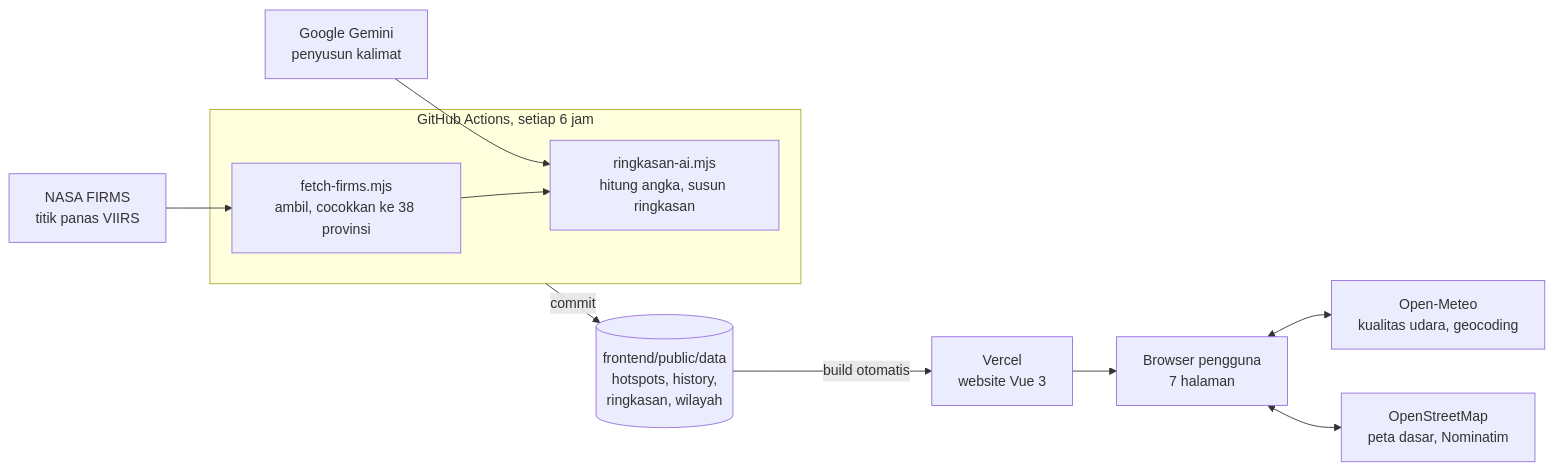
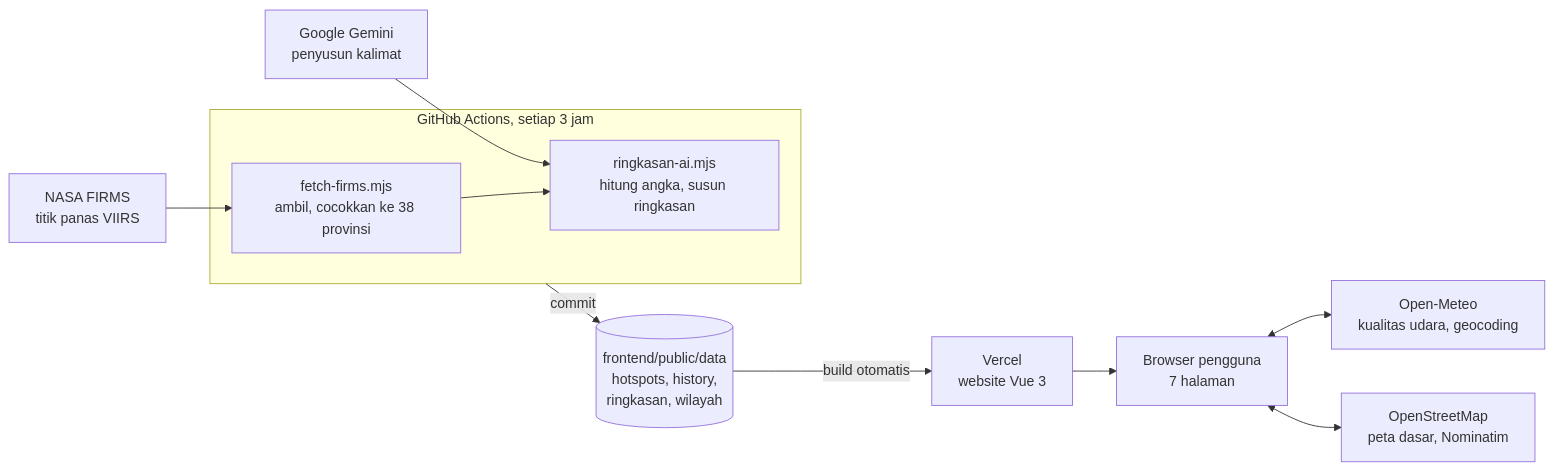
One commit to IsmailYanuar/karhutla-ops changed the second of 2 diagrams in README.md. Above: the diagram before and after it, drawn with Mermaid. The commit also changed other lines of this file and 1 other file, not shown here.

Commit message:
ubah setiap 6 jam jadi 3 jam

````diff
--- a/README.md
+++ b/README.md
@@ -69,22 +69,22 @@
 ```mermaid
 flowchart LR
     FIRMS["NASA FIRMS<br/>titik panas VIIRS"]
     GEMINI["Google Gemini<br/>penyusun kalimat"]
-    subgraph GHA["GitHub Actions, setiap 6 jam"]
+    subgraph GHA["GitHub Actions, setiap 3 jam"]
         F["fetch-firms.mjs<br/>ambil, cocokkan ke 38 provinsi"]
         R["ringkasan-ai.mjs<br/>hitung angka, susun ringkasan"]
         F --> R
     end
     DATA[("frontend/public/data<br/>hotspots, history,<br/>ringkasan, wilayah")]
     WEB["Vercel<br/>website Vue 3"]
     UI["Browser pengguna<br/>7 halaman"]
     OM["Open-Meteo<br/>kualitas udara, geocoding"]
     OSM["OpenStreetMap<br/>peta dasar, Nominatim"]
 
     FIRMS --> F
     GEMINI --> R
     GHA -->|commit| DATA
     DATA -->|build otomatis| WEB --> UI
     UI <--> OM
     UI <--> OSM
 ```
````
